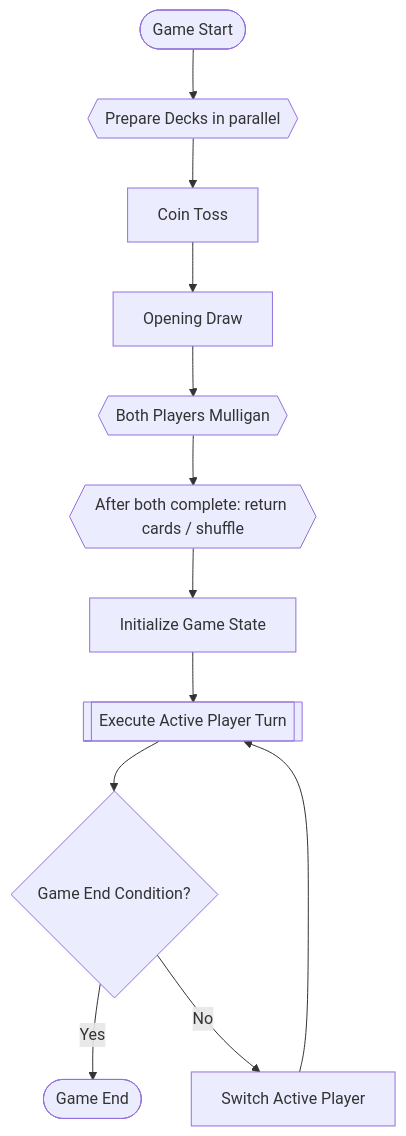
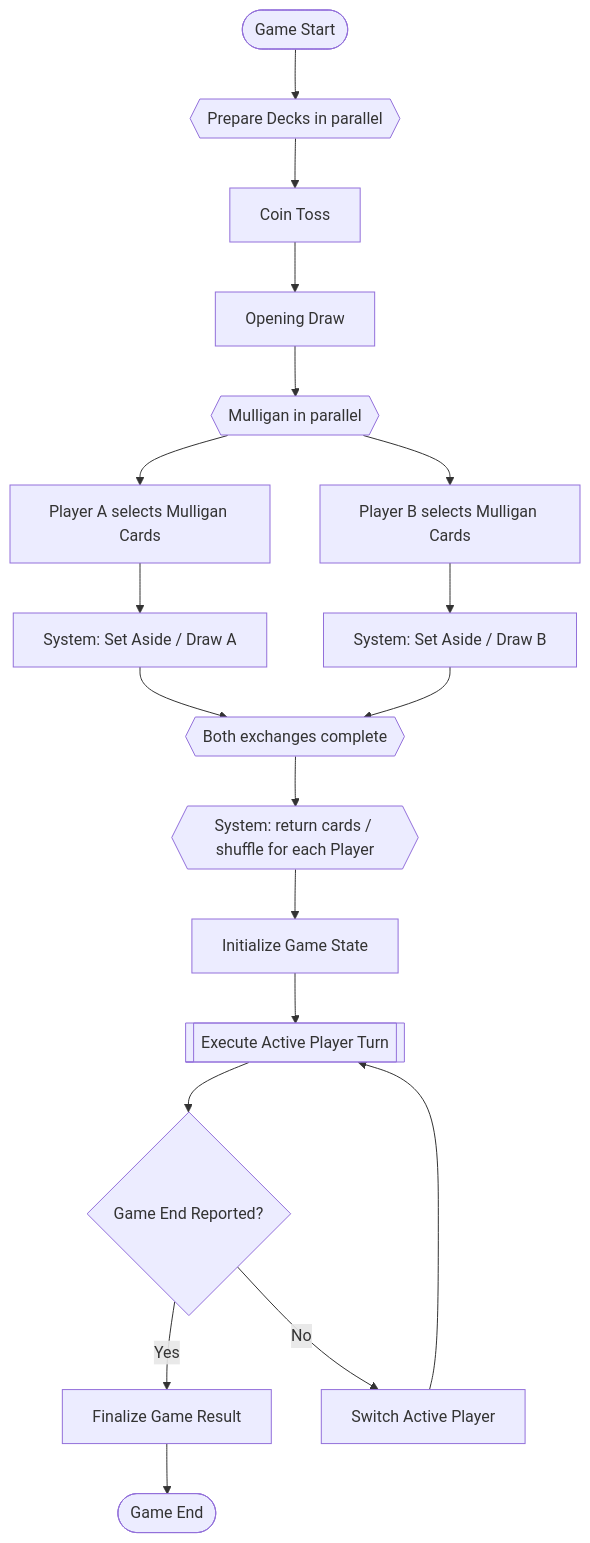
Before and after one commit to kjun1/card-game: the diagram in docs/process/game-flow.md, drawn with Mermaid. The commit also changed other lines of this file and 8 other files, not shown here.

First line of the commit message:
fix: render BPMN diagrams and clarify process responsibilities

```diff
--- a/docs/process/game-flow.md
+++ b/docs/process/game-flow.md
@@ -33,14 +35,21 @@
 ~~~mermaid
 flowchart TD
     S([Game Start]) --> P{{Prepare Decks in parallel}}
     P --> F[Coin Toss]
     F --> O[Opening Draw]
-    O --> M{{Both Players Mulligan}}
-    M --> R{{After both complete: return cards / shuffle}}
+    O --> M{{Mulligan in parallel}}
+    M --> MA[Player A selects Mulligan Cards]
+    M --> MB[Player B selects Mulligan Cards]
+    MA --> XA[System: Set Aside / Draw A]
+    MB --> XB[System: Set Aside / Draw B]
+    XA --> J{{Both exchanges complete}}
+    XB --> J
+    J --> R{{System: return cards / shuffle for each Player}}
     R --> I[Initialize Game State]
     I --> T[[Execute Active Player Turn]]
-    T --> E{Game End Condition?}
-    E -- Yes --> X([Game End])
+    T --> E{Game End Reported?}
+    E -- Yes --> FGR[Finalize Game Result]
+    FGR --> X([Game End])
     E -- No --> W[Switch Active Player]
     W --> T
 ~~~
```
